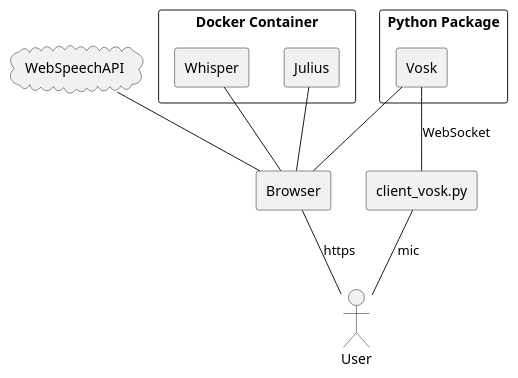
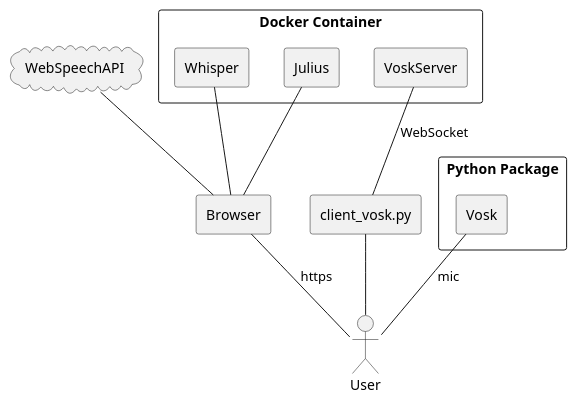
Before and after one commit to MaSiRoProjectOSS/VoiceRecording: the diagram in docs/plantuml/System.puml, drawn with PlantUML. The commit also changed 1 other file, not shown here.

```diff
--- a/docs/plantuml/System.puml
+++ b/docs/plantuml/System.puml
@@ -1,28 +1,29 @@
 @startuml システム構成
 
 actor User
 rectangle Browser
 
 rectangle docker as "Docker Container" {
     rectangle Julius
     rectangle Whisper
+    rectangle VoskServer
 }
 rectangle pip as "Python Package" {
     rectangle Vosk
 }
 
 cloud WebSpeechAPI
 
 
 User -up- Browser : https
-Browser -up- Vosk
 Browser -up- Julius
 Browser -up- Whisper
 Browser -up- WebSpeechAPI
 
 rectangle client_vosk as "client_vosk.py"
 
-User -up- client_vosk : mic
-client_vosk -up- Vosk : WebSocket
+User -up- Vosk : mic
+User -up- client_vosk
+client_vosk -up- VoskServer : WebSocket
 
 @enduml
```
